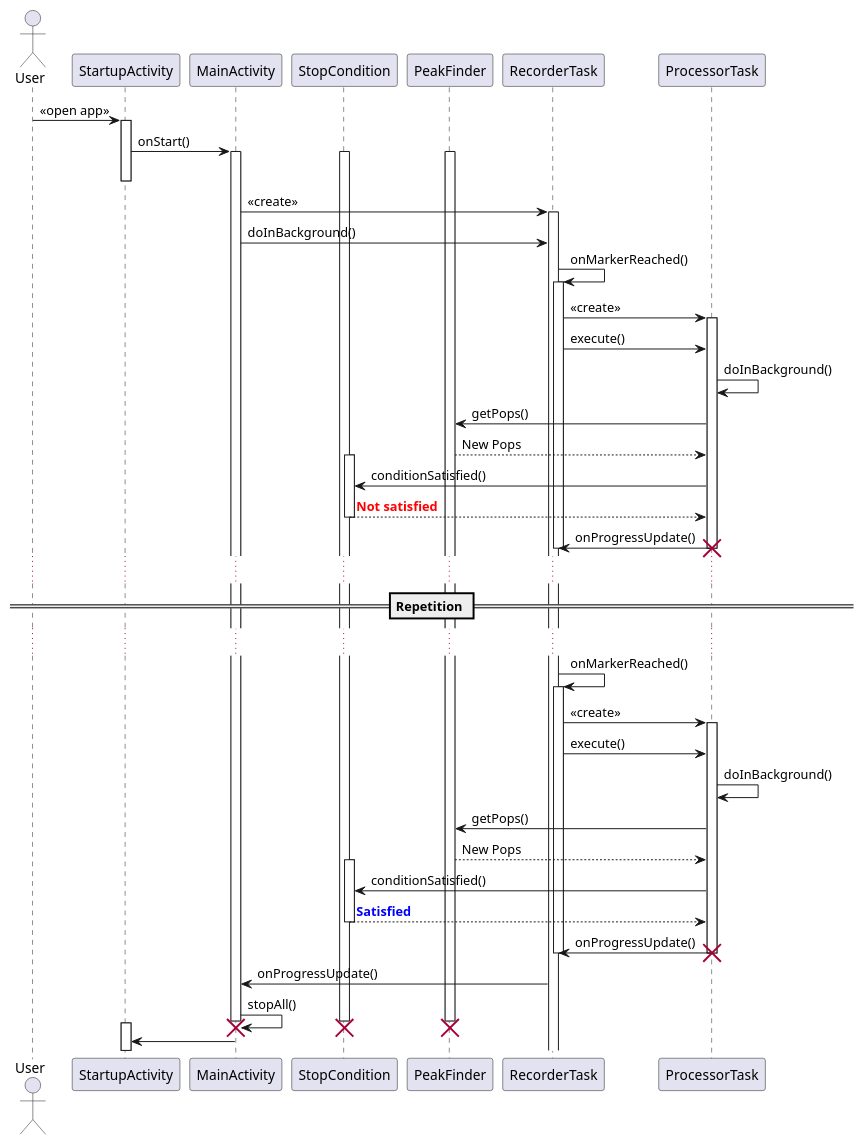
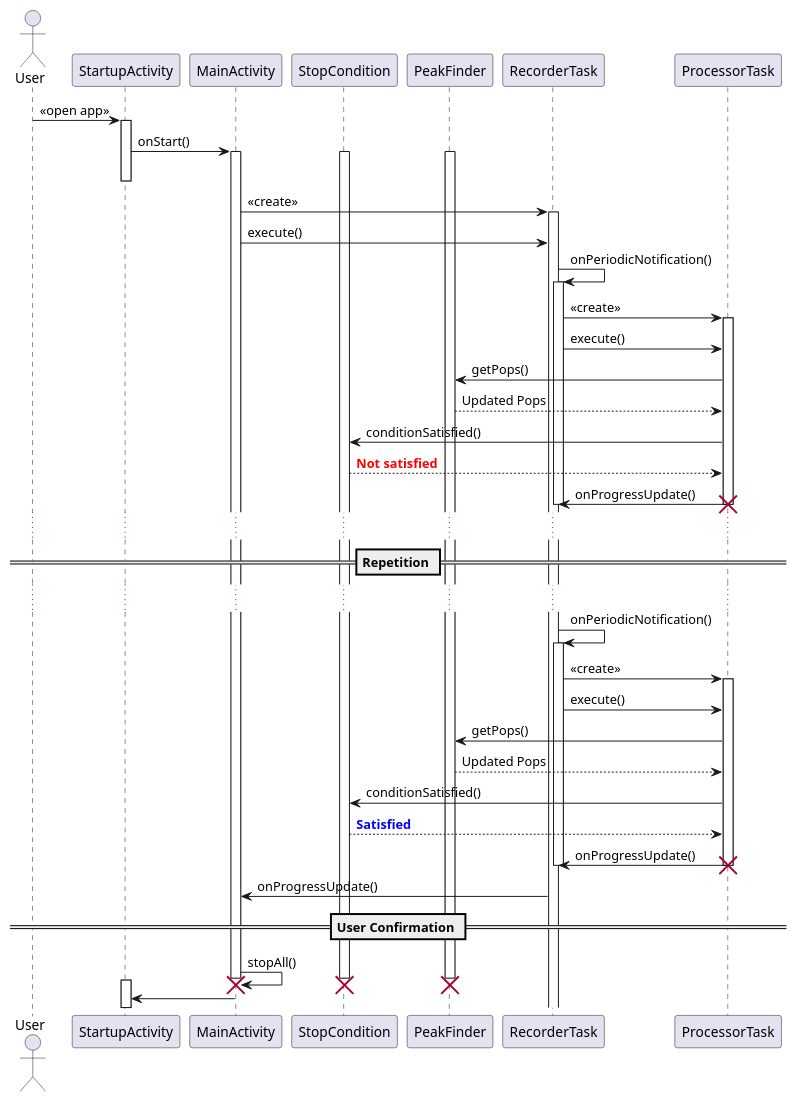
The diagram in UML/sequence_diagram.puml (BerIgor/Robopop), drawn with PlantUML before and after one commit. The commit also changed 2 other files, not shown here.

Commit message:
Corrected UML diagrams

```diff
--- a/UML/sequence_diagram.puml
+++ b/UML/sequence_diagram.puml
@@ -1,63 +1,63 @@
 @startuml
 
 actor User
 User -> StartupActivity: <<open app>>
 activate StartupActivity
 StartupActivity -> MainActivity: onStart()
 activate MainActivity
 activate StopCondition
 activate PeakFinder
 deactivate StartupActivity
 
 MainActivity -> RecorderTask: <<create>>
 activate RecorderTask
-MainActivity -> RecorderTask: doInBackground()
-RecorderTask -> RecorderTask: onMarkerReached()
+MainActivity -> RecorderTask: execute()
+RecorderTask -> RecorderTask: onPeriodicNotification()
 activate RecorderTask
 
 RecorderTask -> ProcessorTask: <<create>>
 activate ProcessorTask
 RecorderTask -> ProcessorTask: execute()
-ProcessorTask -> ProcessorTask: doInBackground()
 ProcessorTask -> PeakFinder: getPops()
-PeakFinder --> ProcessorTask: New Pops
-activate StopCondition
+PeakFinder --> ProcessorTask: Updated Pops
+
 ProcessorTask -> StopCondition: conditionSatisfied()
 StopCondition --> ProcessorTask: <font color=red><b>Not satisfied
-deactivate StopCondition
+
 
 ProcessorTask -> RecorderTask: onProgressUpdate()
 destroy ProcessorTask
 deactivate RecorderTask
 ...
 == Repetition ==
 ...
-RecorderTask -> RecorderTask: onMarkerReached()
+RecorderTask -> RecorderTask: onPeriodicNotification()
 activate RecorderTask
 
 RecorderTask -> ProcessorTask: <<create>>
 activate ProcessorTask
 RecorderTask -> ProcessorTask: execute()
-ProcessorTask -> ProcessorTask: doInBackground()
 ProcessorTask -> PeakFinder: getPops()
-PeakFinder --> ProcessorTask: New Pops
-activate StopCondition
+PeakFinder --> ProcessorTask: Updated Pops
+
 ProcessorTask -> StopCondition: conditionSatisfied()
 StopCondition --> ProcessorTask: <font color=blue><b>Satisfied
-deactivate StopCondition
+
 
 ProcessorTask -> RecorderTask: onProgressUpdate()
 destroy ProcessorTask
 deactivate RecorderTask
 
 RecorderTask -> MainActivity: onProgressUpdate()
+
+== User Confirmation ==
 
 MainActivity -> MainActivity: stopAll()
 
 destroy StopCondition
 destroy PeakFinder
 destroy MainActivity
 
 activate StartupActivity
 MainActivity -> StartupActivity
 @enduml
```
